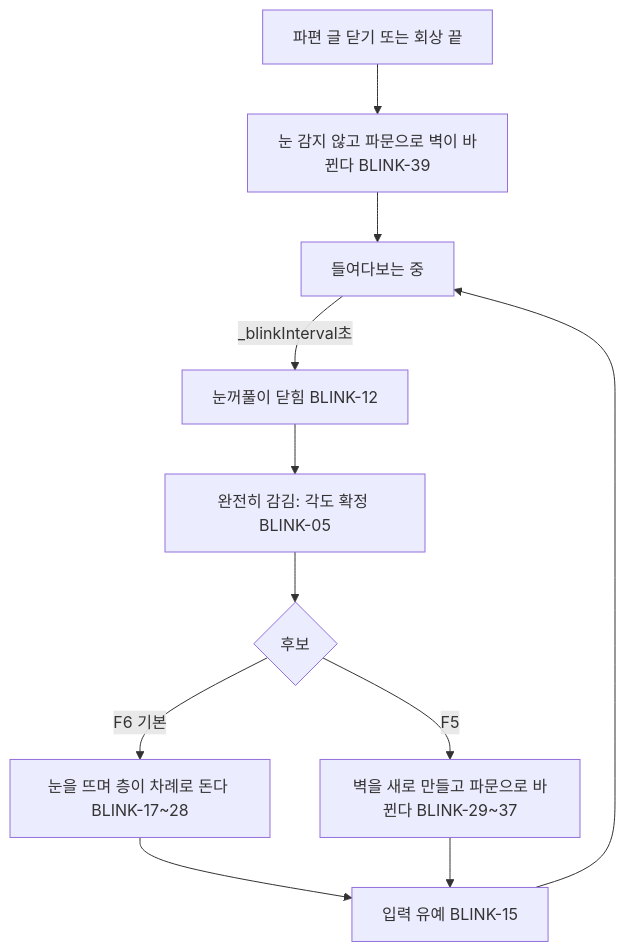
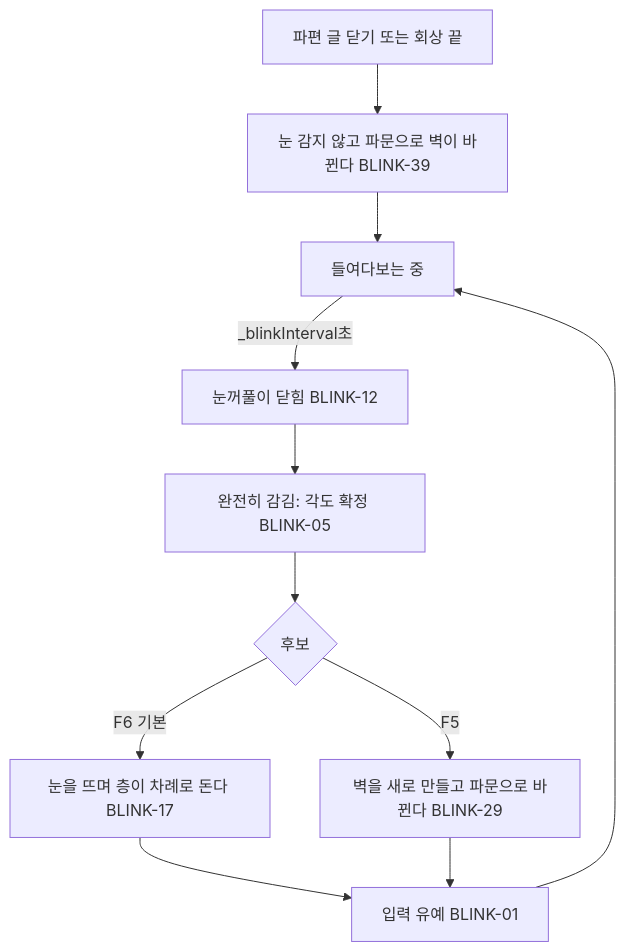
The diagram in docs/specs/blink-maze.md (xpaklove12-lang/Corner1), drawn with Mermaid before and after one commit. The commit also changed other lines of this file and 48 other files, not shown here.

````diff
--- a/docs/specs/blink-maze.md
+++ b/docs/specs/blink-maze.md
@@ -9,13 +9,13 @@
 ```mermaid
 flowchart TD
     A[들여다보는 중] -->|_blinkInterval초| B[눈꺼풀이 닫힘 BLINK-12]
     B --> C[완전히 감김: 각도 확정 BLINK-05]
     C --> D{후보}
-    D -->|F6 기본| E[눈을 뜨며 층이 차례로 돈다 BLINK-17~28]
-    D -->|F5| F[벽을 새로 만들고 파문으로 바뀐다 BLINK-29~37]
-    E --> G[입력 유예 BLINK-15]
+    D -->|F6 기본| E[눈을 뜨며 층이 차례로 돈다 BLINK-17]
+    D -->|F5| F[벽을 새로 만들고 파문으로 바뀐다 BLINK-29]
+    E --> G[입력 유예 BLINK-01]
     F --> G
     G --> A
     H[파편 글 닫기 또는 회상 끝] --> I[눈 감지 않고 파문으로 벽이 바뀐다 BLINK-39]
     I --> A
 ```
````
